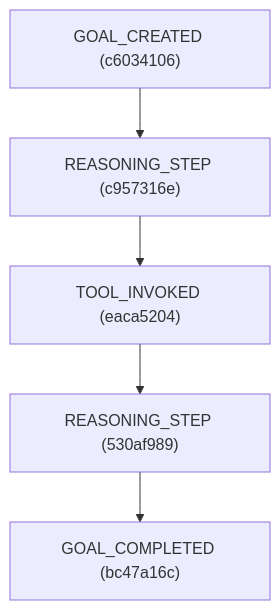
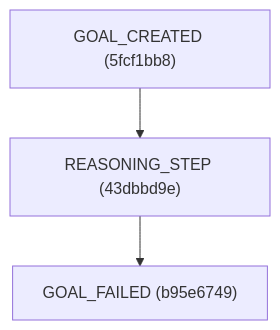
One commit to miltzhaw/langraph_playground changed the fourth of 4 diagrams in realistic_dag.md. Above: the diagram before and after it, drawn with Mermaid. The commit also changed other lines of this file and 32 other files, not shown here.

````diff
--- a/realistic_dag.md
+++ b/realistic_dag.md
@@ -45,12 +39,8 @@
 ```mermaid
 graph TD
-    c6034106["GOAL_CREATED (c6034106)"]
-    c957316e["REASONING_STEP (c957316e)"]
-    eaca5204["TOOL_INVOKED (eaca5204)"]
-    530af989["REASONING_STEP (530af989)"]
-    bc47a16c["GOAL_COMPLETED (bc47a16c)"]
-    c957316e --> eaca5204
-    eaca5204 --> 530af989
-    c6034106 --> c957316e
-    530af989 --> bc47a16c
+    5fcf1bb8["GOAL_CREATED (5fcf1bb8)"]
+    43dbbd9e["REASONING_STEP (43dbbd9e)"]
+    b95e6749["GOAL_FAILED (b95e6749)"]
+    5fcf1bb8 --> 43dbbd9e
+    43dbbd9e --> b95e6749
 ```
````
